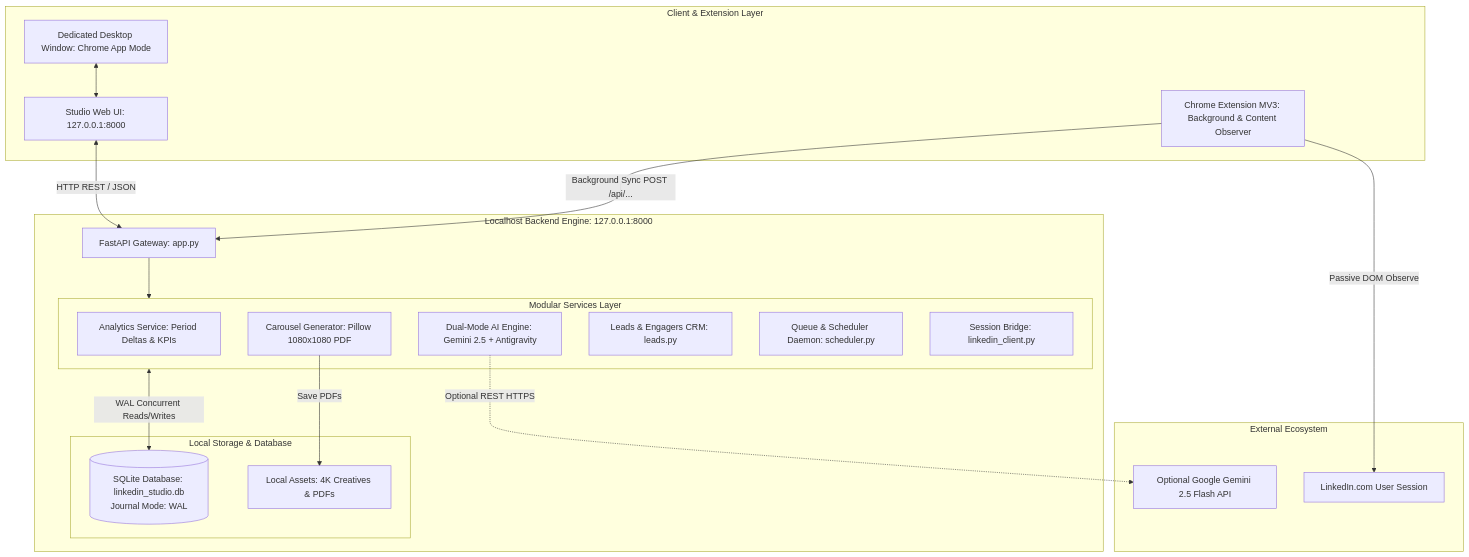
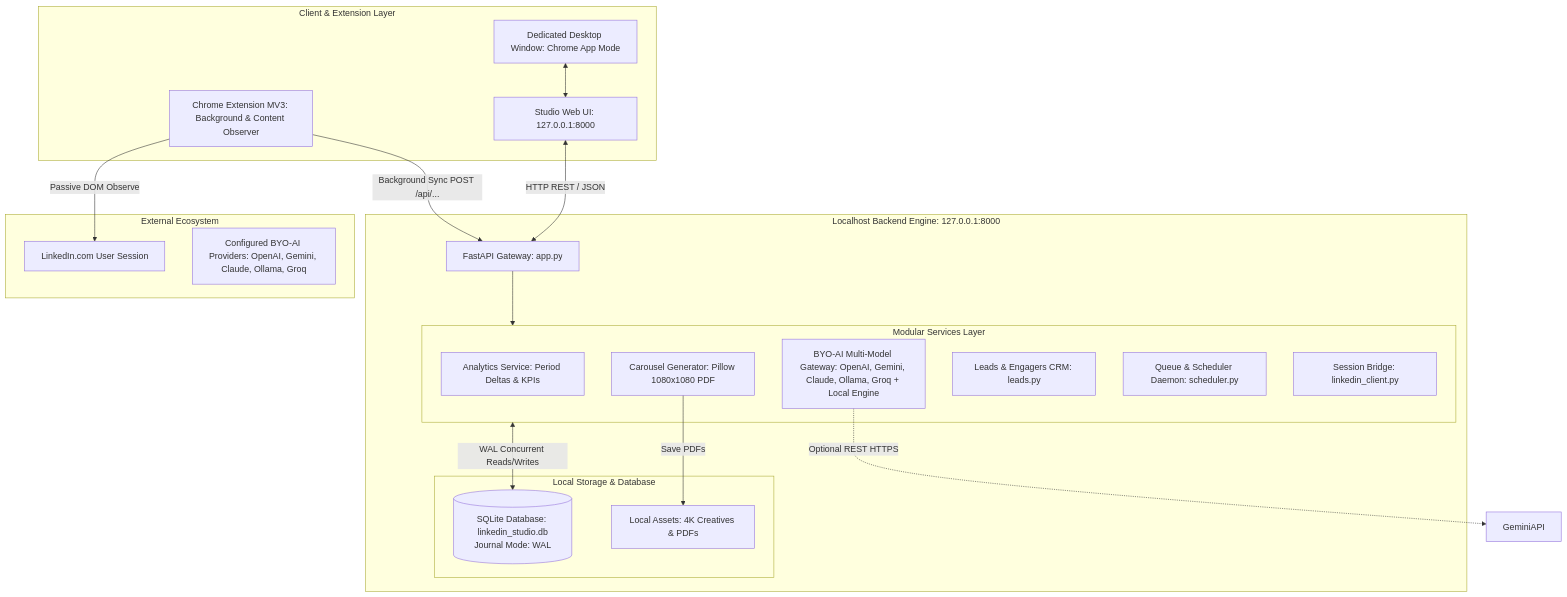
Before and after one commit to dharmik136/inox-hydra: the first of 2 diagrams in docs/ARCHITECTURE.md, drawn with Mermaid. The commit also changed 79 other files, not shown here.

````diff
--- a/docs/ARCHITECTURE.md
+++ b/docs/ARCHITECTURE.md
@@ -9,41 +9,41 @@
 ```mermaid
 graph TD
     subgraph ClientLayer [Client & Extension Layer]
         DesktopApp[Dedicated Desktop Window: Chrome App Mode]
         BrowserUI[Studio Web UI: 127.0.0.1:8000]
         ChromeExt[Chrome Extension MV3: Background & Content Observer]
     end
 
     subgraph HostEngine [Localhost Backend Engine: 127.0.0.1:8000]
         FastAPI[FastAPI Gateway: app.py]
         
         subgraph CoreServices [Modular Services Layer]
             AnalyticsSvc[Analytics Service: Period Deltas & KPIs]
             CarouselSvc[Carousel Generator: Pillow 1080x1080 PDF]
-            AISvc[Dual-Mode AI Engine: Gemini 2.5 + Antigravity]
+            AISvc[BYO-AI Multi-Model Gateway: OpenAI, Gemini, Claude, Ollama, Groq + Local Engine]
             CRMSvc[Leads & Engagers CRM: leads.py]
             QueueSvc[Queue & Scheduler Daemon: scheduler.py]
             LinkedInClient[Session Bridge: linkedin_client.py]
         end
         
         subgraph StorageLayer [Local Storage & Database]
             SQLite[(SQLite Database: linkedin_studio.db<br/>Journal Mode: WAL)]
             StaticAssets[Local Assets: 4K Creatives & PDFs]
         end
     end
 
     subgraph ExternalBoundaries [External Ecosystem]
         LinkedInWeb[LinkedIn.com User Session]
-        GeminiAPI[Optional Google Gemini 2.5 Flash API]
+        ExternalAI[Configured BYO-AI Providers: OpenAI, Gemini, Claude, Ollama, Groq]
     end
 
     DesktopApp <--> BrowserUI
     BrowserUI <-->|HTTP REST / JSON| FastAPI
     ChromeExt -->|Passive DOM Observe| LinkedInWeb
     ChromeExt -->|Background Sync POST /api/...| FastAPI
     
     FastAPI --> CoreServices
     CoreServices <-->|WAL Concurrent Reads/Writes| SQLite
     CarouselSvc -->|Save PDFs| StaticAssets
     AISvc -.->|Optional REST HTTPS| GeminiAPI
 ```
````
